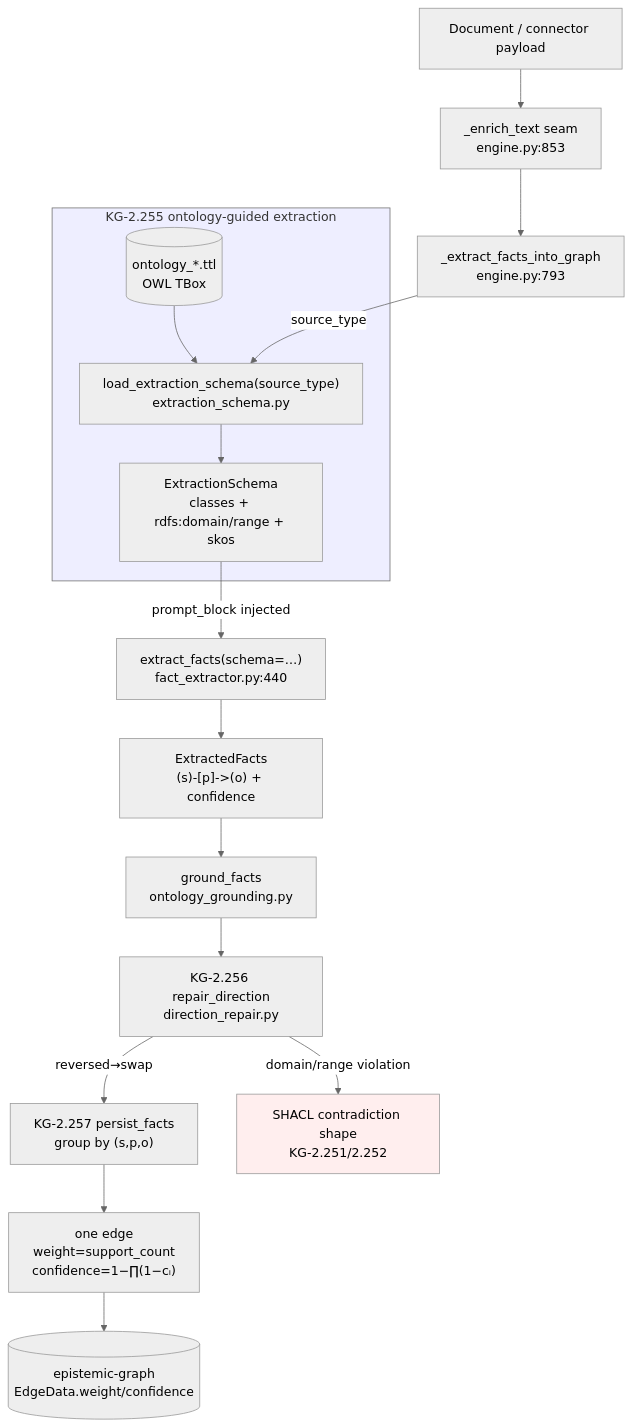
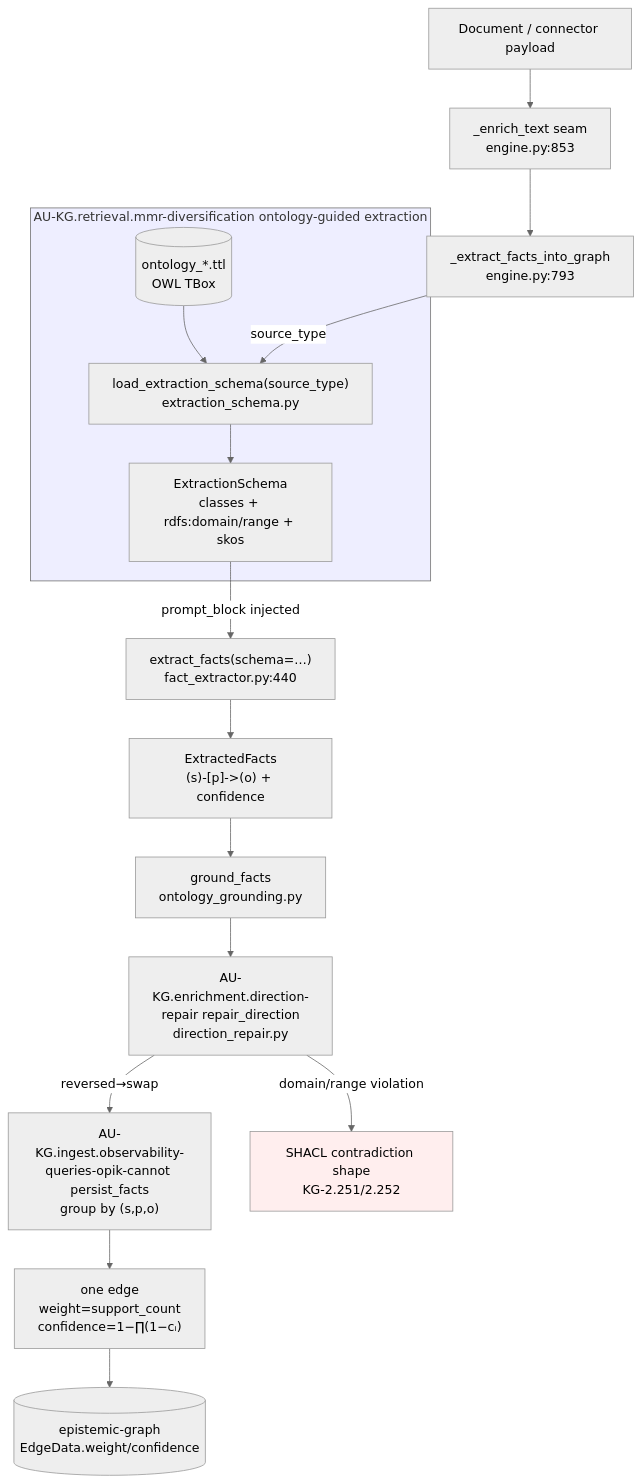
One commit to Knuckles-Team/agent-utilities changed the first of 3 diagrams in docs/architecture/ontology-guided-ingestion.md. Above: the diagram before and after it, drawn with Mermaid (neutral theme). The commit also changed other lines of this file and 2324 other files, not shown here.

````diff
--- a/docs/architecture/ontology-guided-ingestion.md
+++ b/docs/architecture/ontology-guided-ingestion.md
@@ -30,25 +30,25 @@
 ```mermaid
 flowchart TD
     DOC[Document / connector payload] --> ENR["_enrich_text seam<br/>engine.py:853"]
     ENR --> XFG["_extract_facts_into_graph<br/>engine.py:793"]
 
-    subgraph SCHEMA["KG-2.255 ontology-guided extraction"]
+    subgraph SCHEMA["AU-KG.retrieval.mmr-diversification ontology-guided extraction"]
         TTL[("ontology_*.ttl<br/>OWL TBox")] --> ES["load_extraction_schema(source_type)<br/>extraction_schema.py"]
         ES --> SCH["ExtractionSchema<br/>classes + rdfs:domain/range + skos"]
     end
 
     XFG -->|source_type| ES
     SCH -->|prompt_block injected| EF["extract_facts(schema=…)<br/>fact_extractor.py:440"]
     EF --> FACTS["ExtractedFacts<br/>(s)-[p]->(o) + confidence"]
 
     FACTS --> GND["ground_facts<br/>ontology_grounding.py"]
-    GND --> REP["KG-2.256 repair_direction<br/>direction_repair.py"]
+    GND --> REP["AU-KG.enrichment.direction-repair repair_direction<br/>direction_repair.py"]
     REP -->|reversed→swap| PERSIST
     REP -->|domain/range violation| SHACL["SHACL contradiction shape<br/>KG-2.251/2.252"]
 
-    PERSIST["KG-2.257 persist_facts<br/>group by (s,p,o)"] --> EDGE["one edge<br/>weight=support_count<br/>confidence=1−∏(1−cᵢ)"]
+    PERSIST["AU-KG.ingest.observability-queries-opik-cannot persist_facts<br/>group by (s,p,o)"] --> EDGE["one edge<br/>weight=support_count<br/>confidence=1−∏(1−cᵢ)"]
     EDGE --> ENGINE[("epistemic-graph<br/>EdgeData.weight/confidence")]
 
     style SCHEMA fill:#eef
     style SHACL fill:#fee
 ```
````
